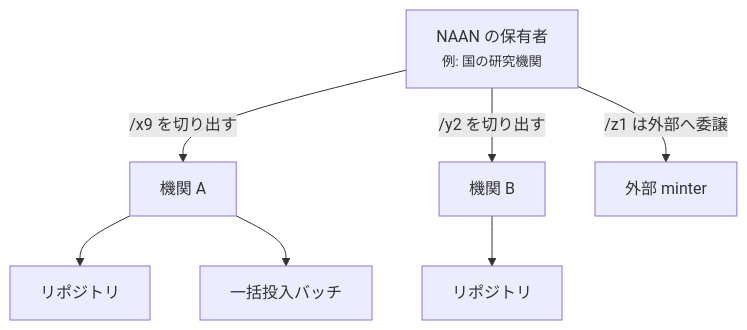
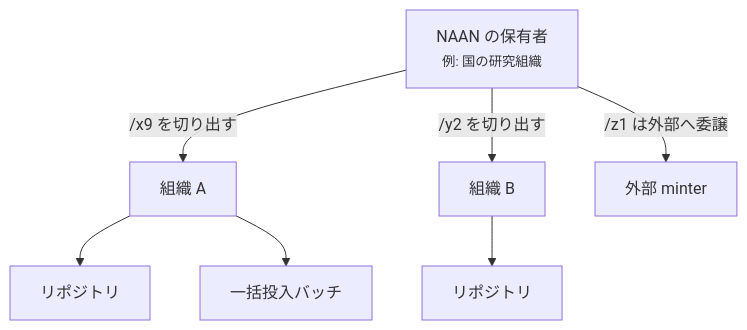
Before and after one commit to RCOSDP/arkhe: the first of 2 diagrams in docs/concepts/delegation.ja.md, drawn with Mermaid. The commit also changed other lines of this file and 62 other files, not shown here.

````diff
--- a/docs/concepts/delegation.ja.md
+++ b/docs/concepts/delegation.ja.md
@@ -6,10 +6,10 @@
 ```mermaid
 flowchart TD
-    RA["NAAN の保有者<br/><small>例: 国の研究機関</small>"]
-    RA -->|"/x9 を切り出す"| I1["機関 A"]
-    RA -->|"/y2 を切り出す"| I2["機関 B"]
+    RA["NAAN の保有者<br/><small>例: 国の研究組織</small>"]
+    RA -->|"/x9 を切り出す"| I1["組織 A"]
+    RA -->|"/y2 を切り出す"| I2["組織 B"]
     RA -->|"/z1 は外部へ委譲"| EX["外部 minter"]
     I1 --> C1["リポジトリ"]
     I1 --> C2["一括投入バッチ"]
     I2 --> C3["リポジトリ"]
 ```
````
